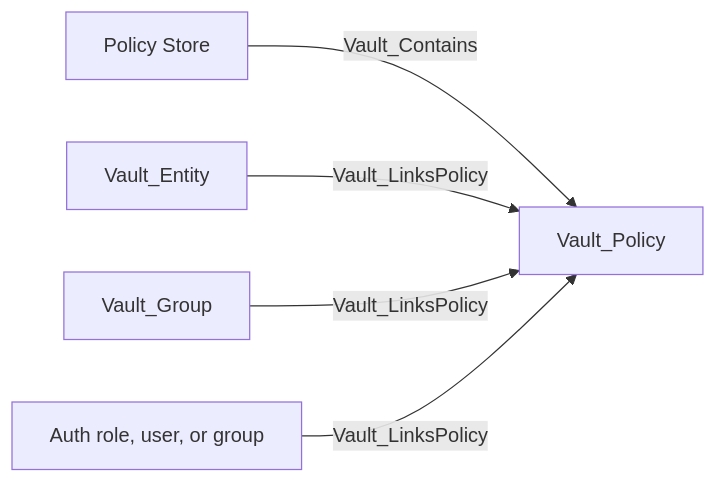
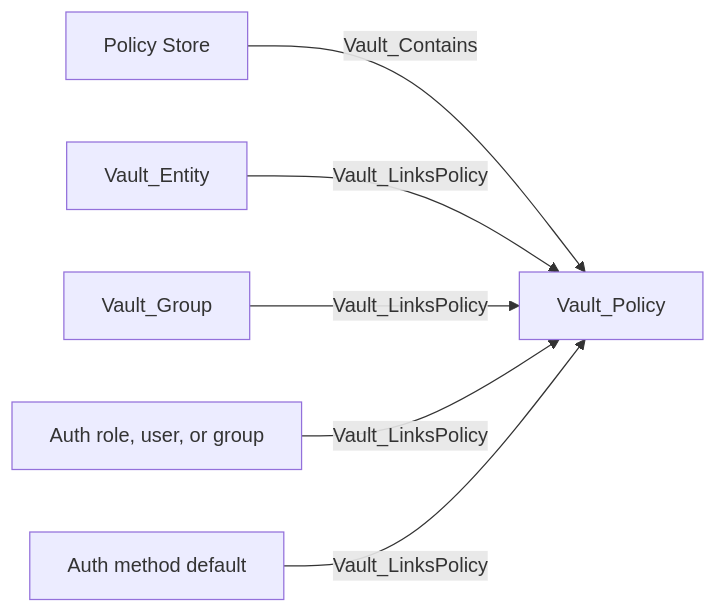
One commit to bytewreck/opengraph-vault changed the second of 6 diagrams in Documentation/stores/POLICIES.md. Above: the diagram before and after it, drawn with Mermaid. The commit also changed other lines of this file and 12 other files, not shown here.

````diff
--- a/Documentation/stores/POLICIES.md
+++ b/Documentation/stores/POLICIES.md
@@ -24,7 +24,8 @@
 ```mermaid
 flowchart LR
     store[Policy Store] -->|Vault_Contains| policy[Vault_Policy]
     entity[Vault_Entity] -->|Vault_LinksPolicy| policy
     group[Vault_Group] -->|Vault_LinksPolicy| policy
     role[Auth role, user, or group] -->|Vault_LinksPolicy| policy
+    method[Auth method default] -->|Vault_LinksPolicy| policy
 ```
````
